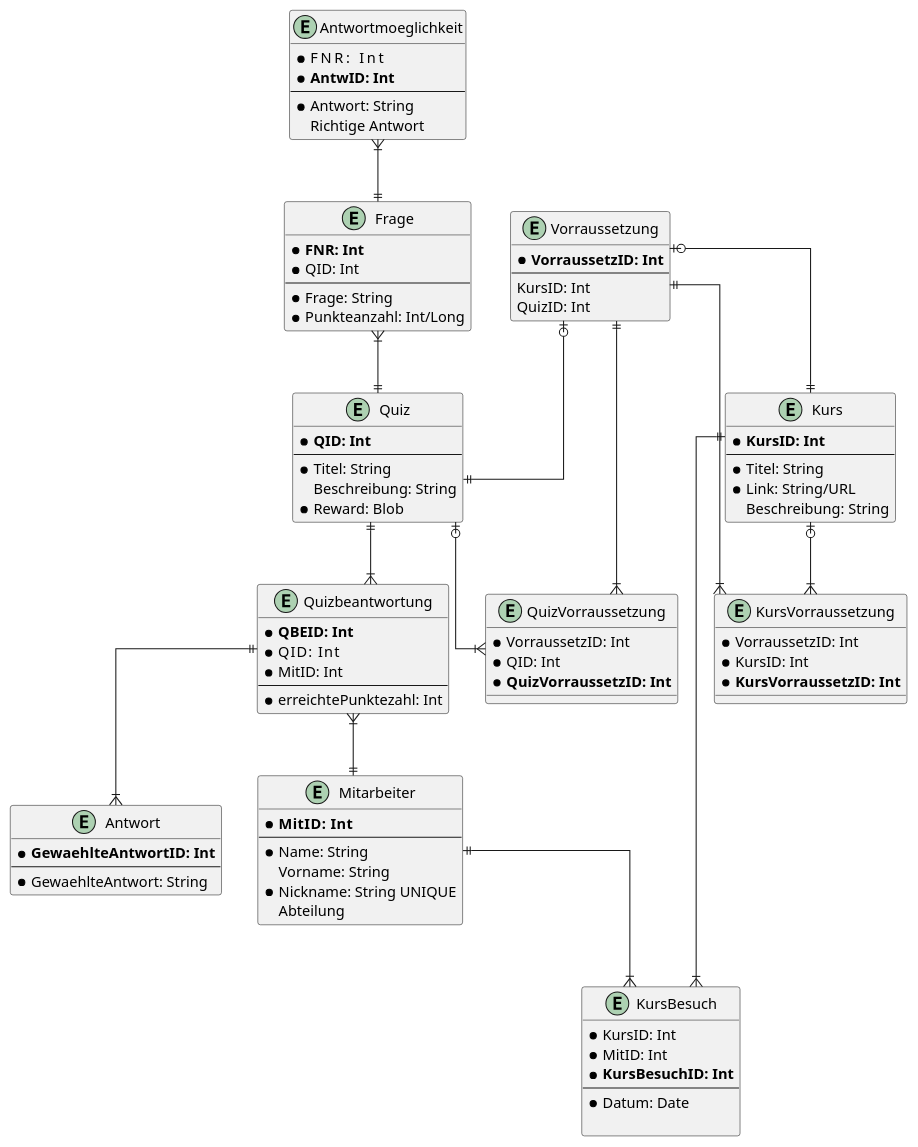
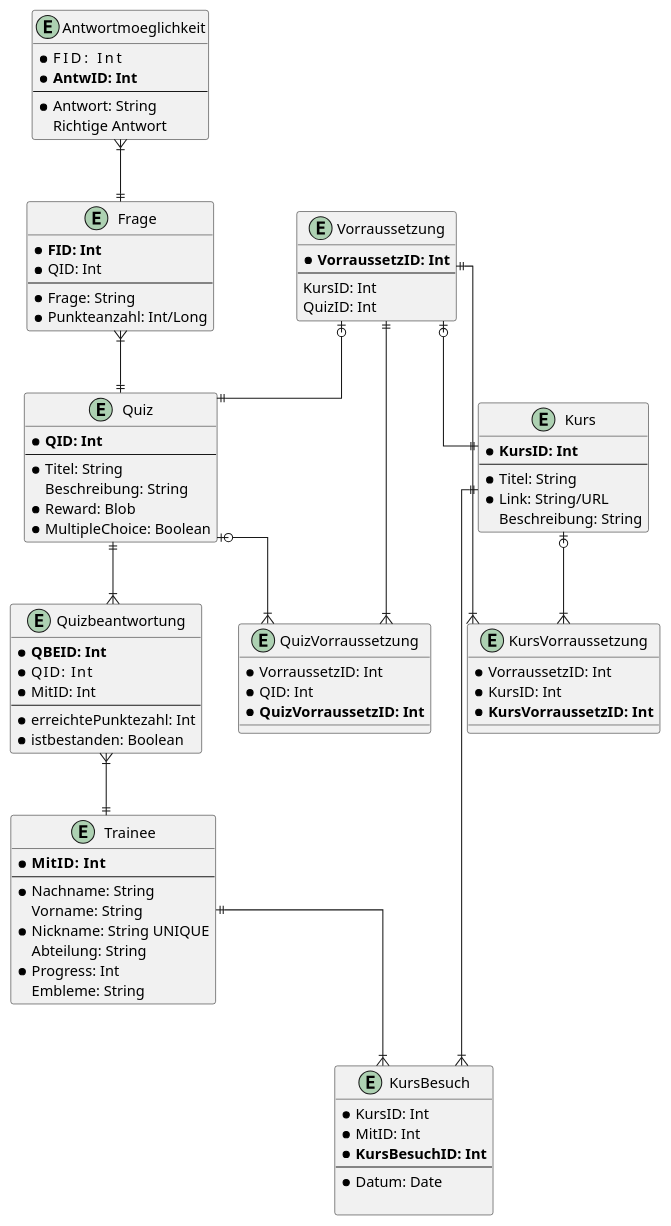
One commit to game-admin/game changed the diagram in documentation/diagrams/ER-Modell.adoc. Above: the diagram before and after it, drawn with PlantUML. The commit also changed 7 other files, not shown here.

```diff
--- a/documentation/diagrams/ER-Modell.adoc
+++ b/documentation/diagrams/ER-Modell.adoc
@@ -12,6 +12,7 @@
         * Titel: String
         Beschreibung: String
         * Reward: Blob
+        * MultipleChoice: Boolean
     }
     
     entity Quizbeantwortung {
@@ -20,21 +21,24 @@
         * MitID: Int
         --
         * erreichtePunktezahl: Int
+        * istbestanden: Boolean
     }
     
-    entity Mitarbeiter {
+    entity Trainee {
         * **MitID:  Int**
         --
-        * Name: String
+        * Nachname: String
         Vorname: String
         * Nickname: String UNIQUE
-        Abteilung
+        Abteilung: String
+        * Progress: Int
+        Embleme: String
     }
     
 }
 
 entity Frage {
-    * **FNR: Int**
+    * **FID: Int**
     * QID: Int
     --
     * Frage: String
@@ -42,17 +46,11 @@
 }
 
 entity Antwortmoeglichkeit {
-    * FNR:      Int
+    * FID:      Int
     * **AntwID: Int**
     --
     * Antwort: String
     Richtige Antwort
-}
-
-entity Antwort {
-    * **GewaehlteAntwortID: Int**
-    --
-    * GewaehlteAntwort: String
 }
 
 entity Kurs {
@@ -95,9 +93,8 @@
 Antwortmoeglichkeit}|--||Frage
 Frage}|--||Quiz
 Quiz||--|{Quizbeantwortung
-Quizbeantwortung}|--||Mitarbeiter
-Quizbeantwortung||--|{Antwort
-Mitarbeiter||--|{KursBesuch
+Quizbeantwortung}|--||Trainee
+Trainee||--|{KursBesuch
 Kurs||--|{KursBesuch
 Kurs|o--|{KursVorraussetzung
 Vorraussetzung||--|{KursVorraussetzung
```
